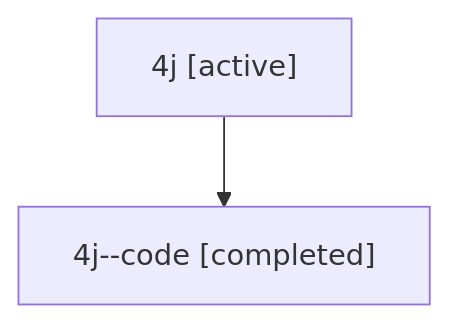
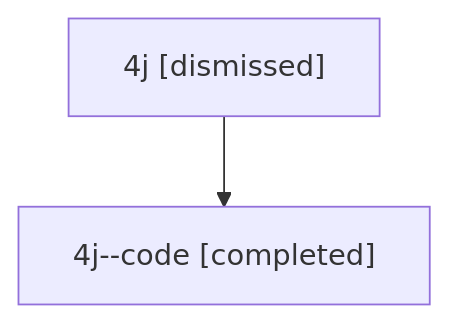
One commit to bobs-org/bob-cli--agents changed the diagram in sessions/bbugyi200.athena.4j.md. Above: the diagram before and after it, drawn with Mermaid. The commit also changed other lines of this file and 15 other files, not shown here.

````diff
--- a/sessions/bbugyi200.athena.4j.md
+++ b/sessions/bbugyi200.athena.4j.md
@@ -9,6 +9,6 @@
 ```mermaid
 flowchart TD
-  n0["4j [active]"]
+  n0["4j [dismissed]"]
   n1["4j--code [completed]"]
   n0 --> n1
 ```
````
